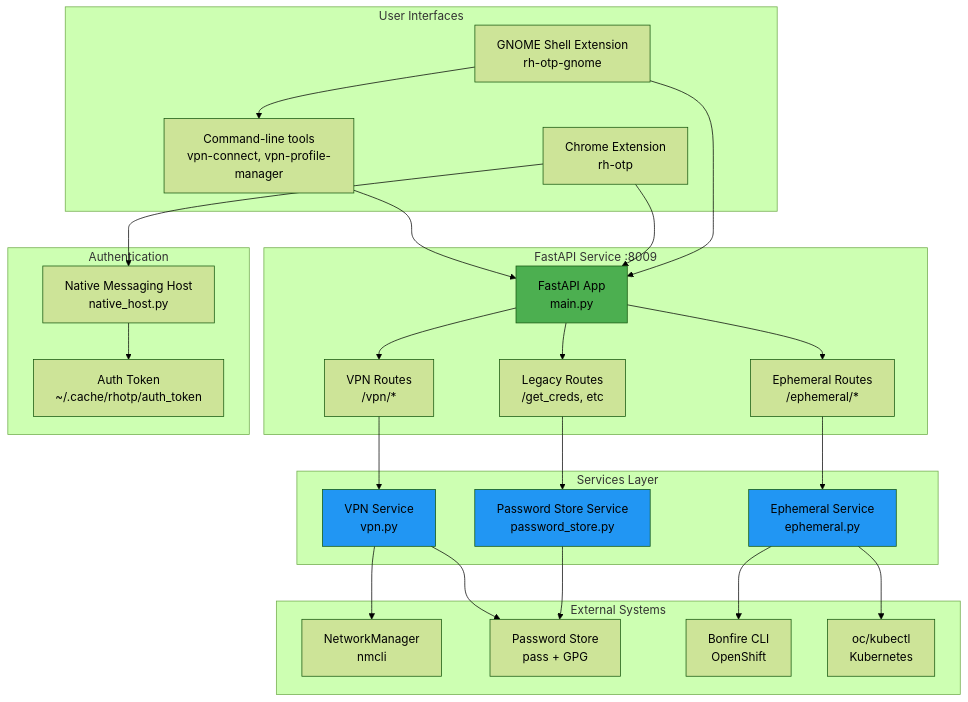
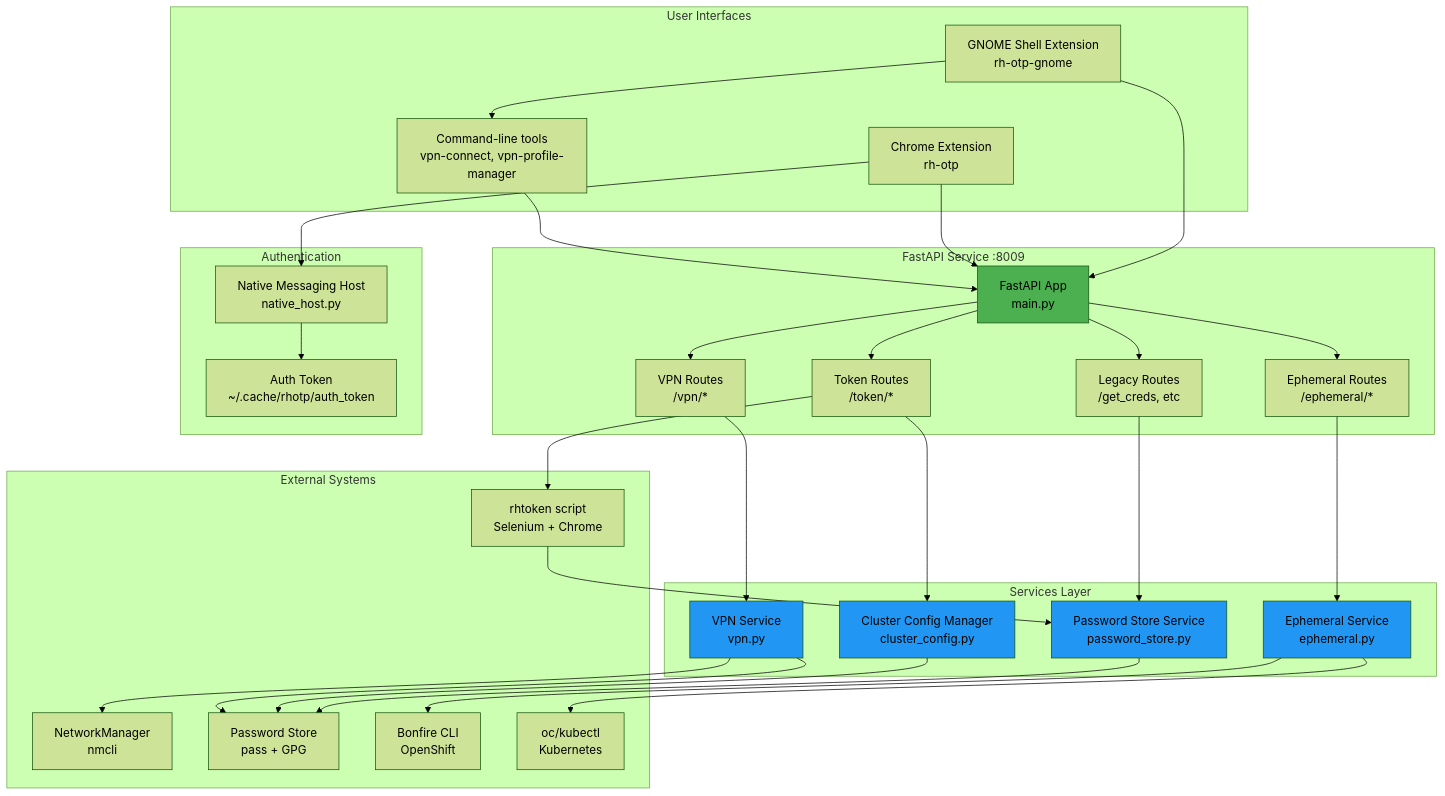
Before and after one commit to dmzoneill/rh-otp-auto-connect: the first of 11 diagrams in docs/ARCHITECTURE.md, drawn with Mermaid (forest theme). The commit also changed other lines of this file and 3 other files, not shown here.

````diff
--- a/docs/ARCHITECTURE.md
+++ b/docs/ARCHITECTURE.md
@@ -5,59 +5,68 @@
 ```mermaid
 graph TB
     subgraph "User Interfaces"
         CLI[Command-line tools<br/>vpn-connect, vpn-profile-manager]
         Chrome[Chrome Extension<br/>rh-otp]
         GNOME[GNOME Shell Extension<br/>rh-otp-gnome]
     end
 
     subgraph "FastAPI Service :8009"
         API[FastAPI App<br/>main.py]
         VPNRoutes[VPN Routes<br/>/vpn/*]
+        TokenRoutes[Token Routes<br/>/token/*]
         EphemRoutes[Ephemeral Routes<br/>/ephemeral/*]
         LegacyRoutes[Legacy Routes<br/>/get_creds, etc]
     end
 
     subgraph "Services Layer"
         VPNSvc[VPN Service<br/>vpn.py]
+        ClusterMgr[Cluster Config Manager<br/>cluster_config.py]
         EphSvc[Ephemeral Service<br/>ephemeral.py]
         PassSvc[Password Store Service<br/>password_store.py]
     end
 
     subgraph "External Systems"
         NM[NetworkManager<br/>nmcli]
         Pass[Password Store<br/>pass + GPG]
         Bonfire[Bonfire CLI<br/>OpenShift]
         OC[oc/kubectl<br/>Kubernetes]
+        rhtoken[rhtoken script<br/>Selenium + Chrome]
     end
 
     subgraph "Authentication"
         Token[Auth Token<br/>~/.cache/rhotp/auth_token]
         Native[Native Messaging Host<br/>native_host.py]
     end
 
     CLI --> API
     Chrome --> Native
     Native --> Token
     Chrome --> API
     GNOME --> API
     GNOME --> CLI
 
     API --> VPNRoutes
+    API --> TokenRoutes
     API --> EphemRoutes
     API --> LegacyRoutes
 
     VPNRoutes --> VPNSvc
+    TokenRoutes --> ClusterMgr
+    TokenRoutes --> rhtoken
     EphemRoutes --> EphSvc
     LegacyRoutes --> PassSvc
 
     VPNSvc --> NM
     VPNSvc --> Pass
+    ClusterMgr --> Pass
+    rhtoken --> PassSvc
     EphSvc --> Bonfire
     EphSvc --> OC
     PassSvc --> Pass
 
     style API fill:#4CAF50
     style VPNSvc fill:#2196F3
+    style ClusterMgr fill:#2196F3
     style EphSvc fill:#2196F3
     style PassSvc fill:#2196F3
 ```
````
